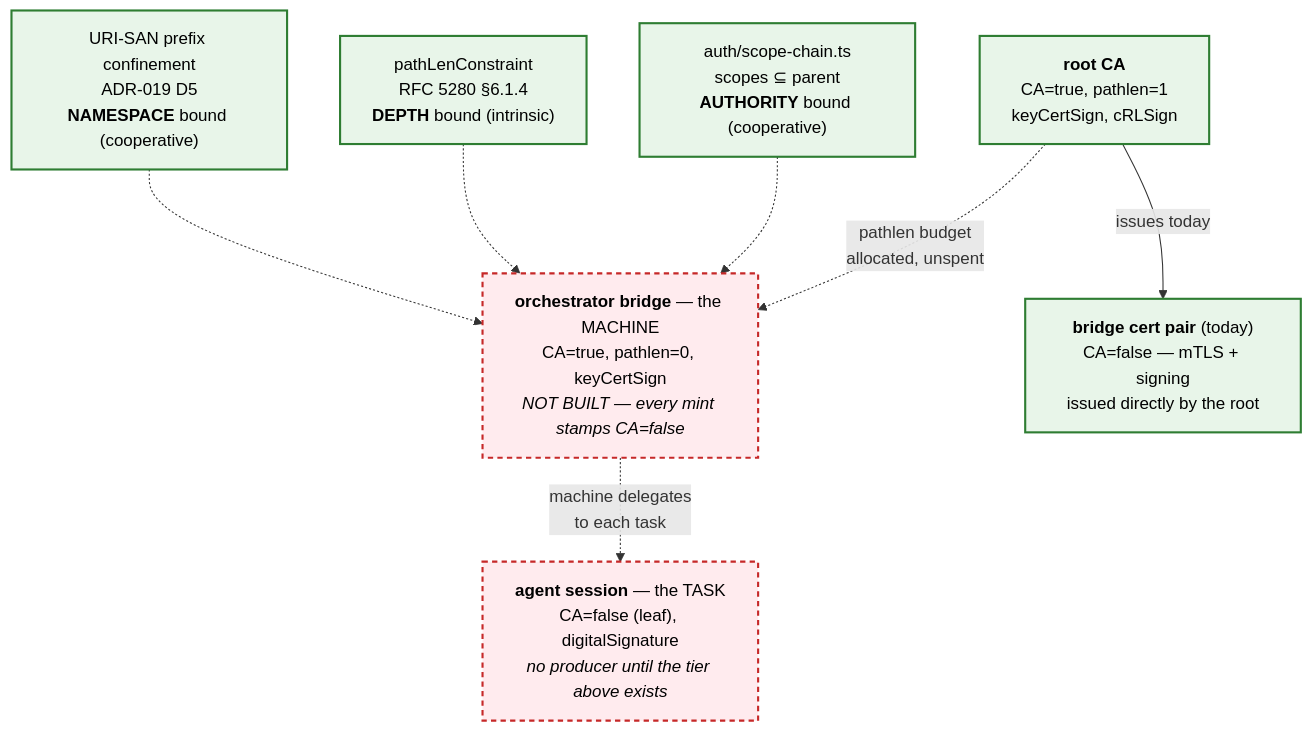
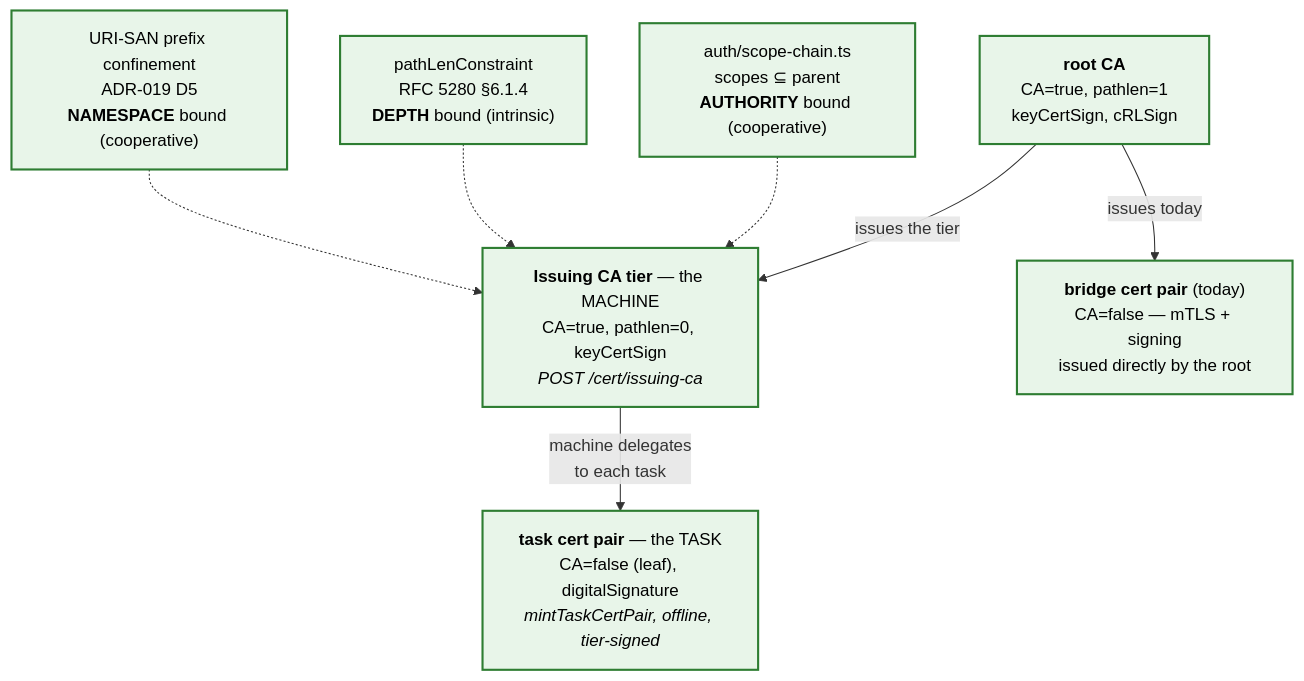
The fourth of 5 diagrams in ARCHITECTURE.md (agentic-research/notme), drawn with Mermaid before and after one commit. The commit also changed other lines of this file and 3 other files, not shown here.

First line of the commit message:
[notme-bed754] docs(readme): top-level docs state the tiers, key storage and promote gate as built

````diff
--- a/ARCHITECTURE.md
+++ b/ARCHITECTURE.md
@@ -120,22 +119,22 @@
 ```mermaid
 graph TD
     classDef built fill:#e8f5e9,stroke:#2e7d32,stroke-width:2px,color:#000
     classDef gap fill:#ffebee,stroke:#c62828,stroke-width:2px,stroke-dasharray:5 4,color:#000
 
     ROOT["<b>root CA</b><br/>CA=true, pathlen=1<br/>keyCertSign, cRLSign"]:::built
-    BRIDGE["<b>orchestrator bridge</b> — the MACHINE<br/>CA=true, pathlen=0, keyCertSign<br/><i>NOT BUILT — every mint stamps CA=false</i>"]:::gap
-    TASK["<b>agent session</b> — the TASK<br/>CA=false (leaf), digitalSignature<br/><i>no producer until the tier above exists</i>"]:::gap
+    BRIDGE["<b>Issuing CA tier</b> — the MACHINE<br/>CA=true, pathlen=0, keyCertSign<br/><i>POST /cert/issuing-ca</i>"]:::built
+    TASK["<b>task cert pair</b> — the TASK<br/>CA=false (leaf), digitalSignature<br/><i>mintTaskCertPair, offline, tier-signed</i>"]:::built
     LEAF["<b>bridge cert pair</b> (today)<br/>CA=false — mTLS + signing<br/>issued directly by the root"]:::built
 
     ROOT -->|"issues today"| LEAF
-    ROOT -.->|"pathlen budget<br/>allocated, unspent"| BRIDGE
-    BRIDGE -.->|"machine delegates<br/>to each task"| TASK
+    ROOT -->|"issues the tier"| BRIDGE
+    BRIDGE -->|"machine delegates<br/>to each task"| TASK
 
     SCOPES["auth/scope-chain.ts<br/>scopes ⊆ parent<br/><b>AUTHORITY</b> bound (cooperative)"]:::built
     PATH["pathLenConstraint<br/>RFC 5280 §6.1.4<br/><b>DEPTH</b> bound (intrinsic)"]:::built
     NAMES["URI-SAN prefix confinement<br/>ADR-019 D5<br/><b>NAMESPACE</b> bound (cooperative)"]:::built
 
     SCOPES -.-> BRIDGE
     PATH -.-> BRIDGE
     NAMES -.-> BRIDGE
 ```
````
